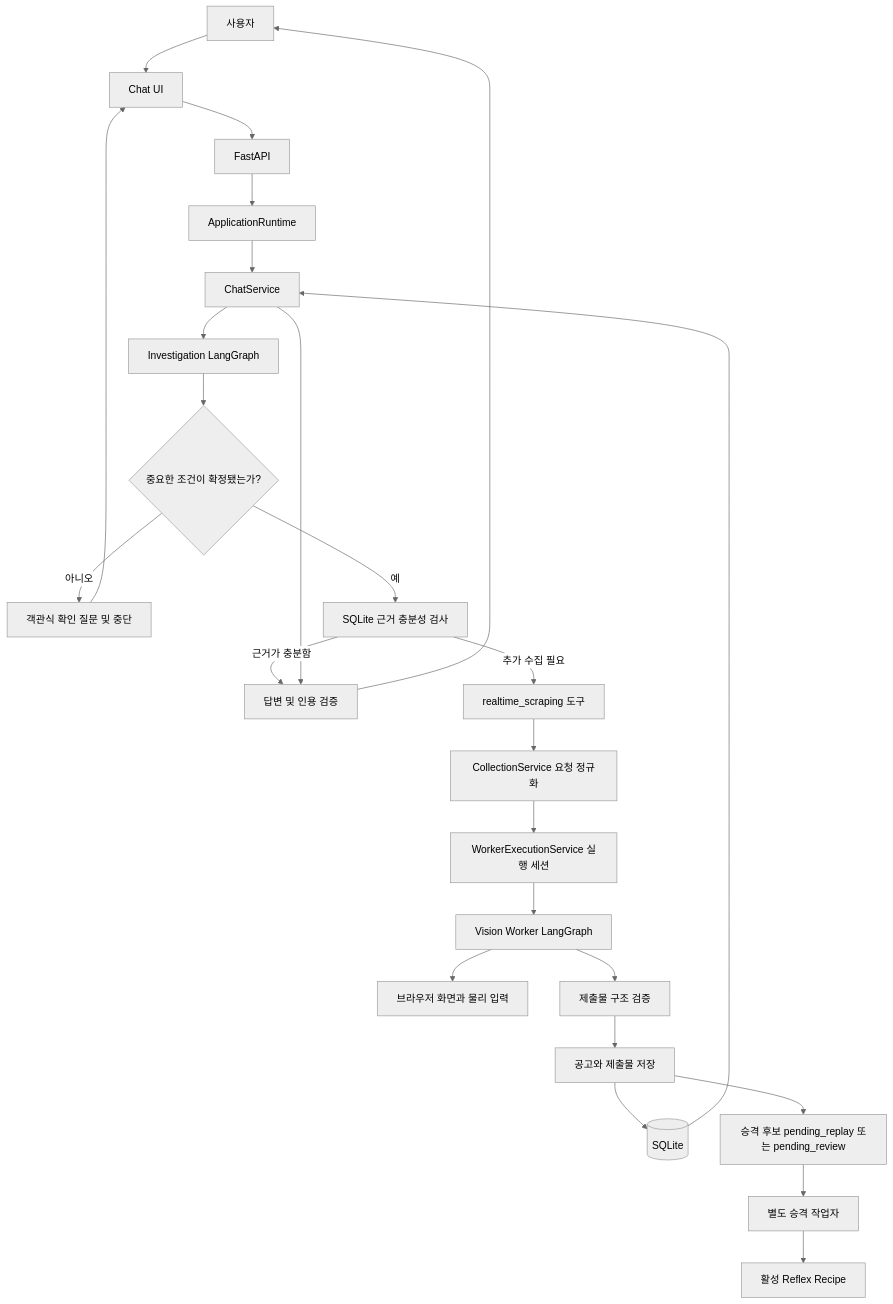
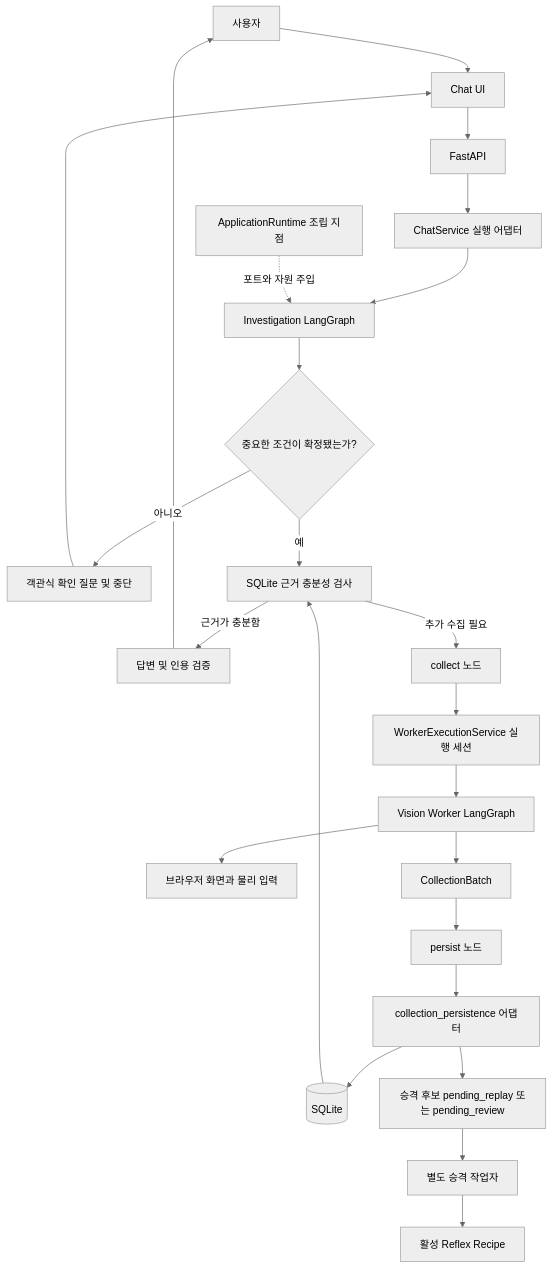
The first of 2 diagrams in ARCHITECTURE.md (Dreamtreeme/L2C), drawn with Mermaid (neutral theme) before and after one commit. The commit also changed other lines of this file and 142 other files, not shown here.

````diff
--- a/ARCHITECTURE.md
+++ b/ARCHITECTURE.md
@@ -7,27 +7,26 @@
 ```mermaid
 flowchart TD
     U[사용자] --> UI[Chat UI]
     UI --> API[FastAPI]
-    API --> RT[ApplicationRuntime]
-    RT --> CS[ChatService]
+    API --> CS[ChatService 실행 어댑터]
     CS --> PLAN[Investigation LangGraph]
+    RT[ApplicationRuntime 조립 지점] -. 포트와 자원 주입 .-> PLAN
     PLAN --> CLARIFY{중요한 조건이 확정됐는가?}
     CLARIFY -->|아니오| INPUT[객관식 확인 질문 및 중단]
     INPUT --> UI
     CLARIFY -->|예| DBQ[SQLite 근거 충분성 검사]
     DBQ -->|근거가 충분함| ANSWER[답변 및 인용 검증]
-    DBQ -->|추가 수집 필요| TOOL[realtime_scraping 도구]
-    TOOL --> COLLECTION[CollectionService 요청 정규화]
+    DBQ -->|추가 수집 필요| COLLECTION[collect 노드]
     COLLECTION --> LOCK[WorkerExecutionService 실행 세션]
     LOCK --> WG[Vision Worker LangGraph]
     WG --> WEB[브라우저 화면과 물리 입력]
-    WG --> VALIDATION[제출물 구조 검증]
-    VALIDATION --> PERSIST[공고와 제출물 저장]
-    PERSIST --> DB[(SQLite)]
-    PERSIST --> CANDIDATE[승격 후보 pending_replay 또는 pending_review]
+    WG --> BATCH[CollectionBatch]
+    BATCH --> PERSIST[persist 노드]
+    PERSIST --> ADAPTER[collection_persistence 어댑터]
+    ADAPTER --> DB
+    DB[(SQLite)] --> DBQ
+    ADAPTER --> CANDIDATE[승격 후보 pending_replay 또는 pending_review]
     CANDIDATE --> PROMOTION[별도 승격 작업자]
     PROMOTION --> RECIPE[활성 Reflex Recipe]
-    DB --> CS
-    CS --> ANSWER
     ANSWER --> U
 ```
````
